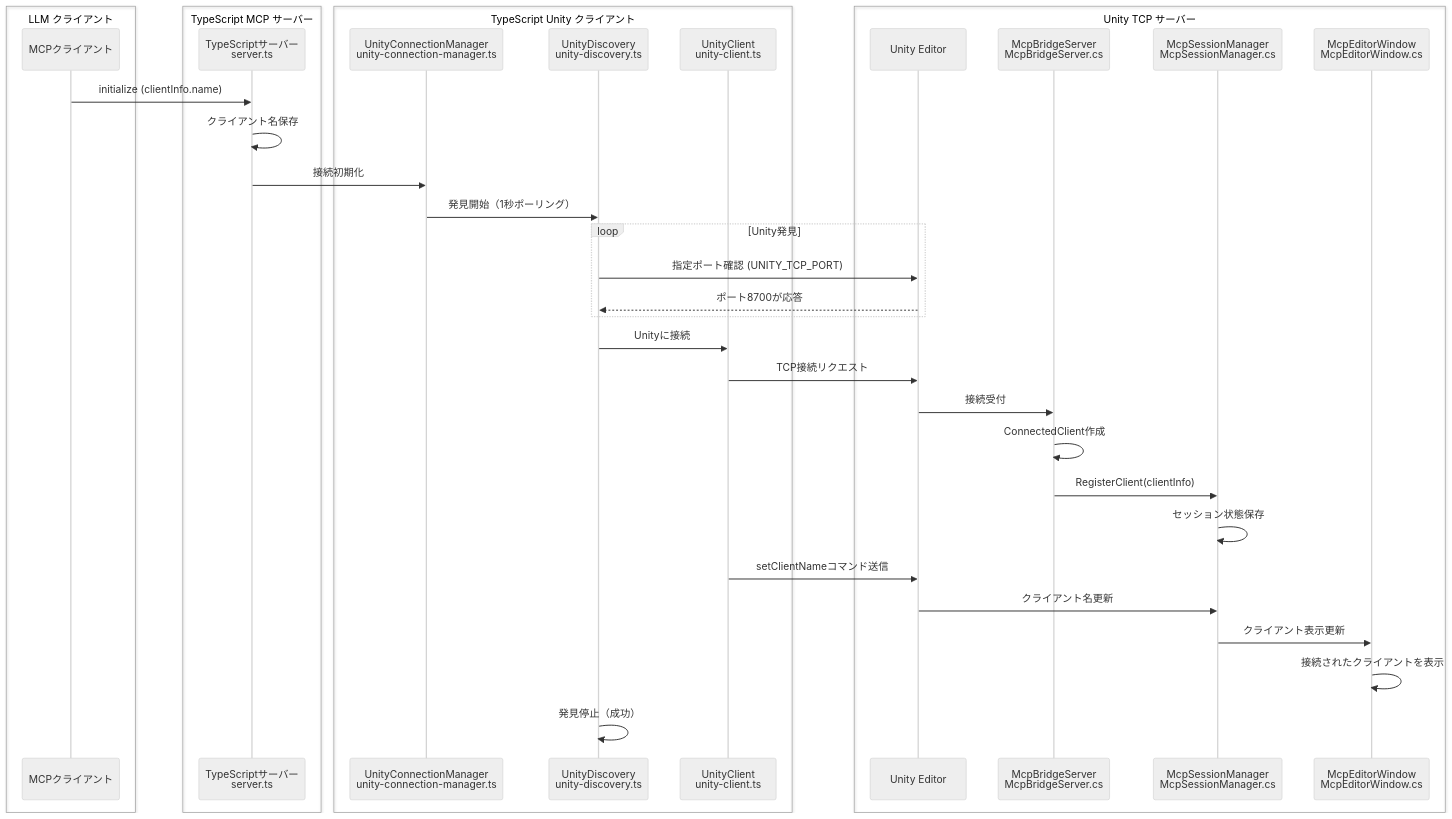
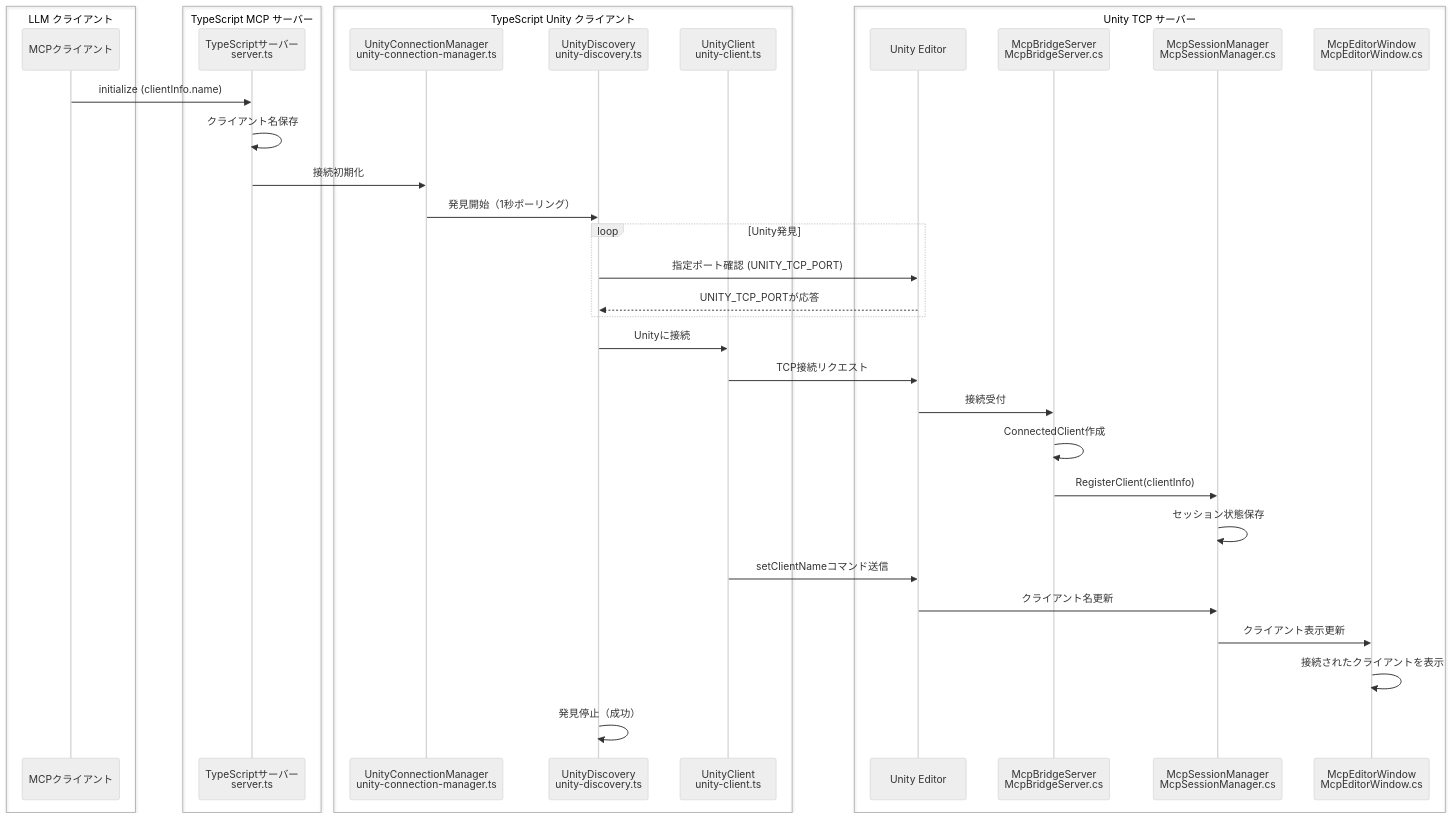
One commit to hatayama/uLoopMCP changed the ninth of 16 diagrams in Packages/src/ARCHITECTURE_ja.md. Above: the diagram before and after it, drawn with Mermaid (neutral theme). The commit also changed other lines of this file and 1 other file, not shown here.

First line of the commit message:
docs: replace hardcoded port references with UNITY_TCP_PORT in diagrams

````diff
--- a/Packages/src/ARCHITECTURE_ja.md
+++ b/Packages/src/ARCHITECTURE_ja.md
@@ -822,47 +822,47 @@
 ```mermaid
 sequenceDiagram
     box LLM クライアント
     participant MCP as MCPクライアント
     end
     
     box TypeScript MCP サーバー
     participant TS as TypeScriptサーバー<br/>server.ts
     end
     
     box TypeScript Unity クライアント
     participant UCM as UnityConnectionManager<br/>unity-connection-manager.ts
     participant UD as UnityDiscovery<br/>unity-discovery.ts
     participant UC as UnityClient<br/>unity-client.ts
     end
     
     box Unity TCP サーバー
     participant Unity as Unity Editor
     participant MB as McpBridgeServer<br/>McpBridgeServer.cs
     participant SM as McpSessionManager<br/>McpSessionManager.cs
     participant UI as McpEditorWindow<br/>McpEditorWindow.cs
     end
     
     MCP->>TS: initialize (clientInfo.name)
     TS->>TS: クライアント名保存
     TS->>UCM: 接続初期化
     UCM->>UD: 発見開始（1秒ポーリング）
     
     loop Unity発見
         UD->>Unity: 指定ポート確認 (UNITY_TCP_PORT)
-        Unity-->>UD: ポート8700が応答
+        Unity-->>UD: UNITY_TCP_PORTが応答
     end
     
     UD->>UC: Unityに接続
     UC->>Unity: TCP接続リクエスト
     Unity->>MB: 接続受付
     MB->>MB: ConnectedClient作成
     MB->>SM: RegisterClient(clientInfo)
     SM->>SM: セッション状態保存
     
     UC->>Unity: setClientNameコマンド送信
     Unity->>SM: クライアント名更新
     SM->>UI: クライアント表示更新
     UI->>UI: 接続されたクライアントを表示
     
     UD->>UD: 発見停止（成功）
 ```
````
